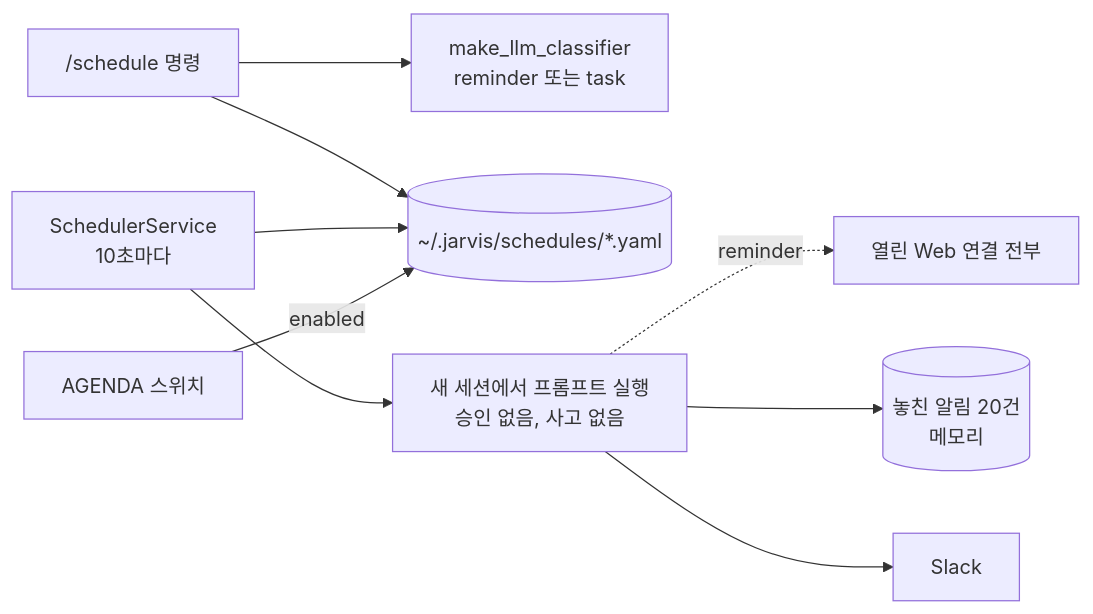
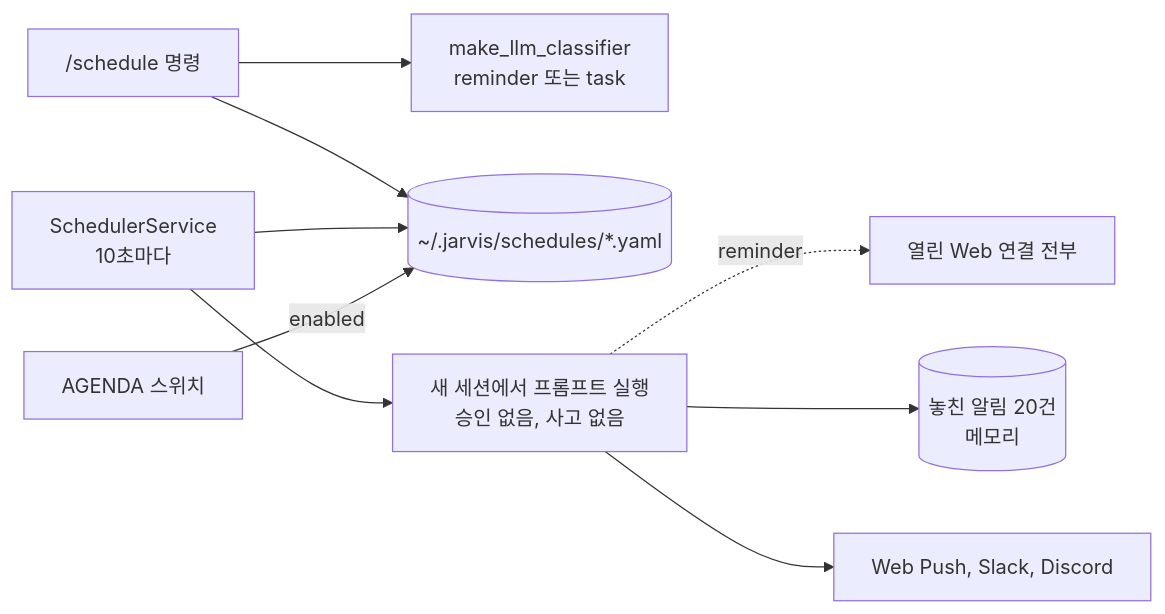
Before and after one commit to ash-hun/jarvis-agent: the second of 2 diagrams in website/docs/concepts/conversation/scheduling.md, drawn with Mermaid. The commit also changed other lines of this file and 10 other files, not shown here.

Commit message:
Docs: 이번 주 변경(개성, KAREN gpt-4o 와 관심 지역, 추천 1순위, 영어 음성, 되묻기, Web Push 제목, 🔔 되풀이 막기, 세션 마무리 대기)을 문서에 맞춘다 (#155)

````diff
--- a/website/docs/concepts/conversation/scheduling.md
+++ b/website/docs/concepts/conversation/scheduling.md
@@ -110,11 +112,11 @@
 ```mermaid
 flowchart LR
   CMD["/schedule 명령"] --> CLS[make_llm_classifier<br/>reminder 또는 task]
   CMD --> FILE[(~/.jarvis/schedules/*.yaml)]
   SVC[SchedulerService<br/>10초마다] --> FILE
   SVC --> RUN[새 세션에서 프롬프트 실행<br/>승인 없음, 사고 없음]
   RUN -. reminder .-> HUD[열린 Web 연결 전부]
   RUN --> PEND[(놓친 알림 20건<br/>메모리)]
-  RUN --> NTF[Slack]
+  RUN --> NTF[Web Push, Slack, Discord]
   AG[AGENDA 스위치] -->|enabled| FILE
 ```
````
